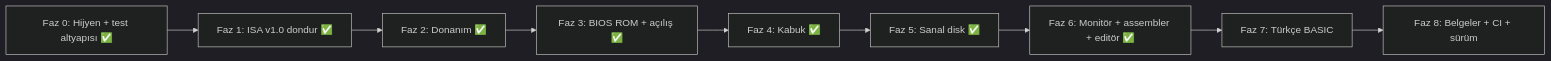
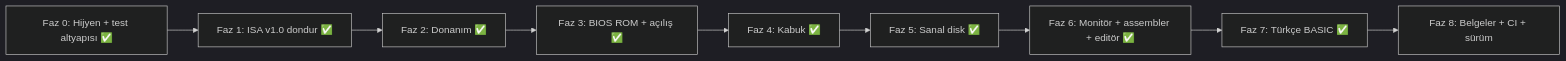
One commit to Yukselcsgn/TURK-8 changed the diagram in implementation_plan.md. Above: the diagram before and after it, drawn with Mermaid (dark theme). The commit also changed other lines of this file and 5 other files, not shown here.

````diff
--- a/implementation_plan.md
+++ b/implementation_plan.md
@@ -8,11 +8,11 @@
 ```mermaid
 flowchart LR
     F0["Faz 0: Hijyen + test altyapısı ✅"] --> F1["Faz 1: ISA v1.0 dondur ✅"]
     F1 --> F2["Faz 2: Donanım ✅"]
     F2 --> F3["Faz 3: BIOS ROM + açılış ✅"]
     F3 --> F4["Faz 4: Kabuk ✅"]
     F4 --> F5["Faz 5: Sanal disk ✅"]
     F5 --> F6["Faz 6: Monitör + assembler + editör ✅"]
-    F6 --> F7["Faz 7: Türkçe BASIC"]
+    F6 --> F7["Faz 7: Türkçe BASIC ✅"]
     F7 --> F8["Faz 8: Belgeler + CI + sürüm"]
 ```
````
